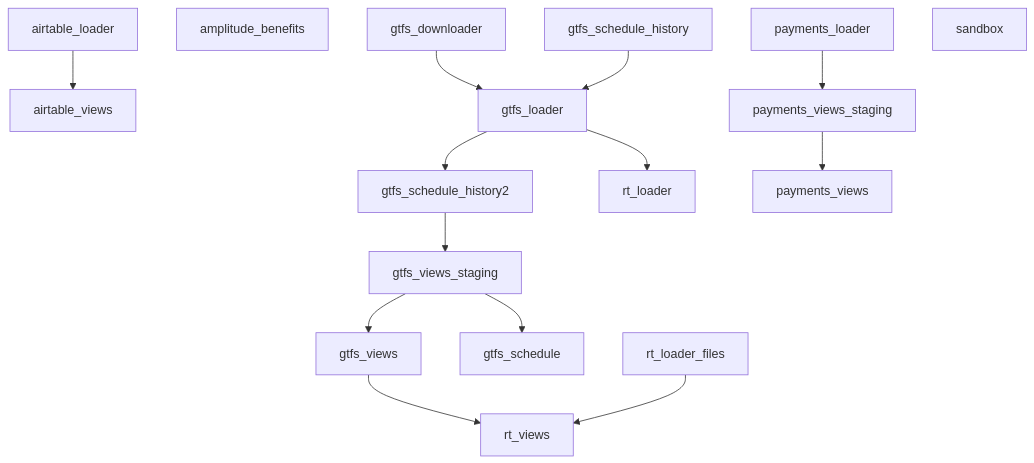
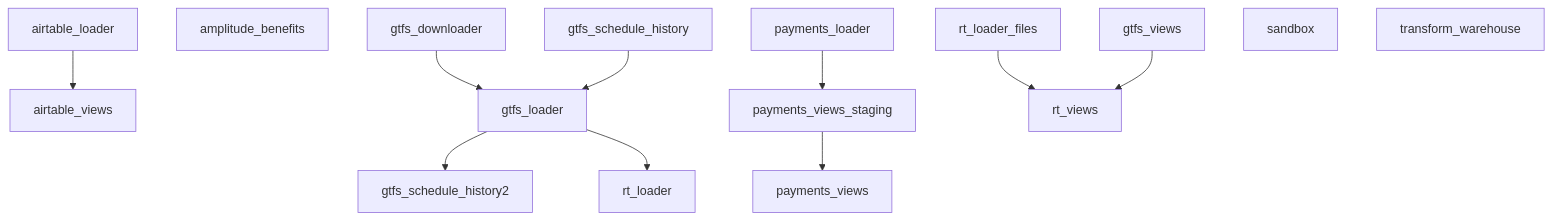
One commit to cal-itp/data-infra changed the diagram in docs/airflow/production-maintenance.md. Above: the diagram before and after it, drawn with Mermaid. The commit also changed other lines of this file, not shown here.

Commit message:
gtfs schedule --> dbt: update airflow docs

````diff
--- a/docs/airflow/production-maintenance.md
+++ b/docs/airflow/production-maintenance.md
@@ -51,17 +49,15 @@
 ```{mermaid}
   graph TD;
       airtable_loader-->airtable_views;
       amplitude_benefits;
       gtfs_downloader-->gtfs_loader;
       gtfs_schedule_history-->gtfs_loader;
       gtfs_loader-->gtfs_schedule_history2;
-      gtfs_schedule_history2-->gtfs_views_staging;
-      gtfs_views_staging-->gtfs_views;
-      gtfs_views_staging-->gtfs_schedule;
       payments_loader-->payments_views_staging;
       payments_views_staging-->payments_views;
       gtfs_loader-->rt_loader;
       rt_loader_files-->rt_views;
       gtfs_views-->rt_views;
       sandbox;
+      transform_warehouse;
 ```
````
